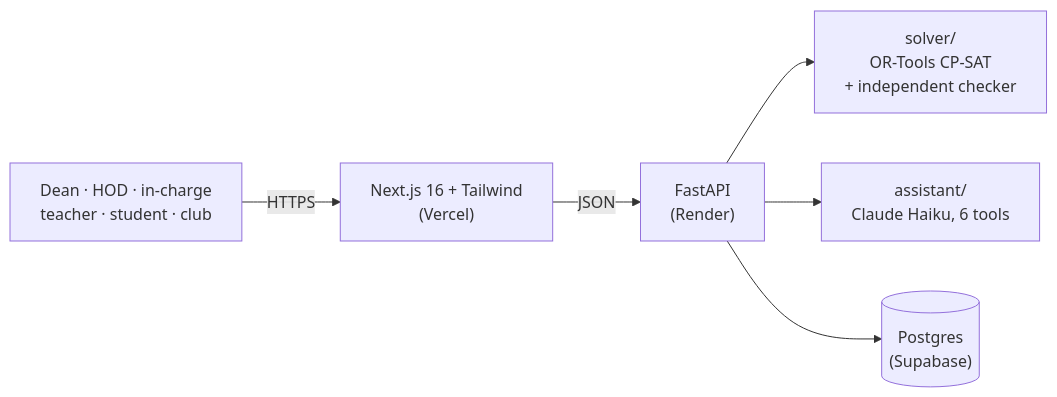
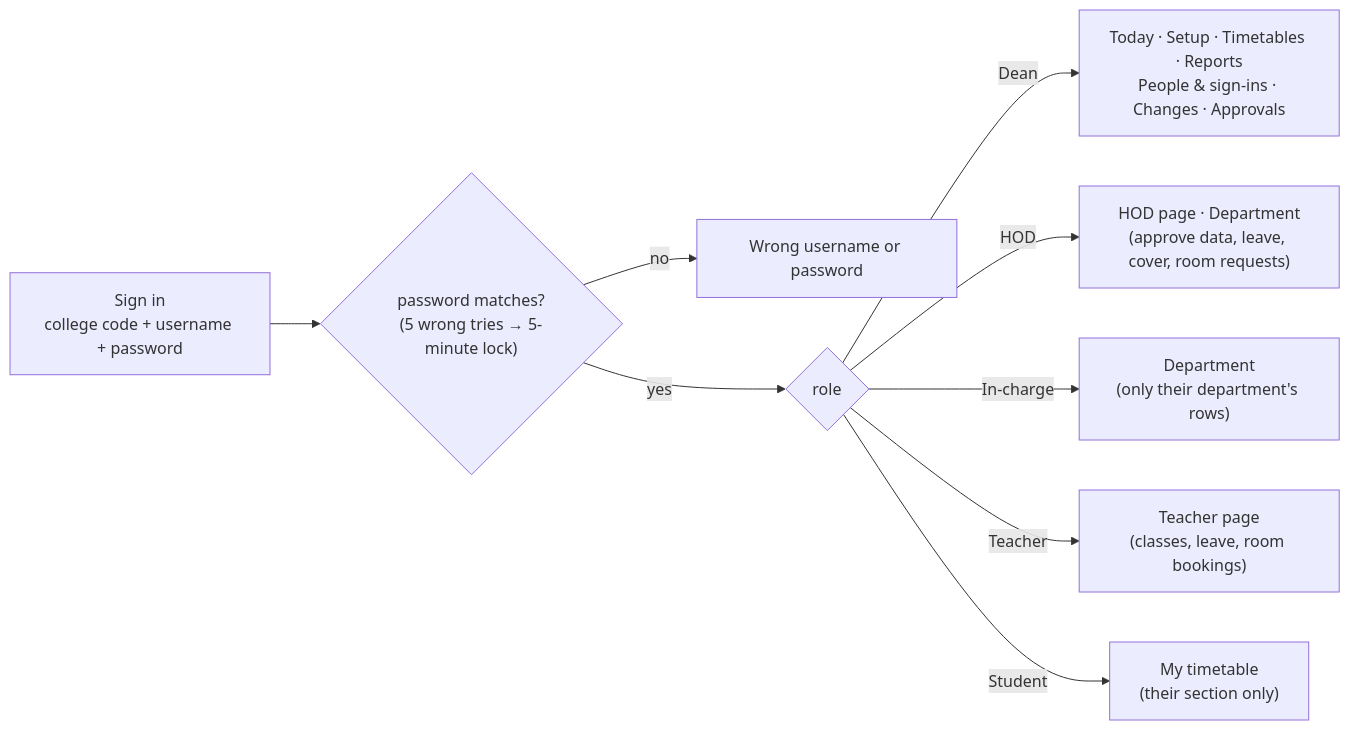
The third of 3 diagrams in README.md (njain05/hackathon_1), drawn with Mermaid before and after one commit. The commit also changed other lines of this file and 1 other file, not shown here.

Commit message:
README: architecture diagrams in How it's built (system, timetable engine, who can do what)

````diff
--- a/README.md
+++ b/README.md
@@ -96,8 +158,11 @@
 ```mermaid
 flowchart LR
-    U["Dean · HOD · in-charge<br/>teacher · student · club"] -->|HTTPS| FE["Next.js 16 + Tailwind<br/>(Vercel)"]
-    FE -->|JSON| BE["FastAPI<br/>(Render)"]
-    BE --> SO["solver/<br/>OR-Tools CP-SAT<br/>+ independent checker"]
-    BE --> AS["assistant/<br/>Claude Haiku, 6 tools"]
-    BE --> DB[("Postgres<br/>(Supabase)")]
+    Login["Sign in<br/>college code + username + password"] --> Check{"password matches?<br/>(5 wrong tries → 5-minute lock)"}
+    Check -- no --> Wrong["Wrong username or password"]
+    Check -- yes --> Role{role}
+    Role -- Dean --> D["Today · Setup · Timetables · Reports<br/>People & sign-ins · Changes · Approvals"]
+    Role -- HOD --> H["HOD page · Department<br/>(approve data, leave, cover, room requests)"]
+    Role -- "In-charge" --> I["Department<br/>(only their department's rows)"]
+    Role -- Teacher --> T["Teacher page<br/>(classes, leave, room bookings)"]
+    Role -- Student --> S["My timetable<br/>(their section only)"]
 ```
````
